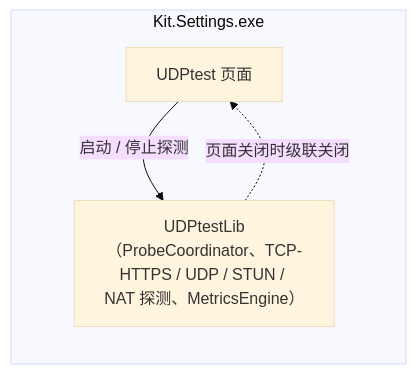
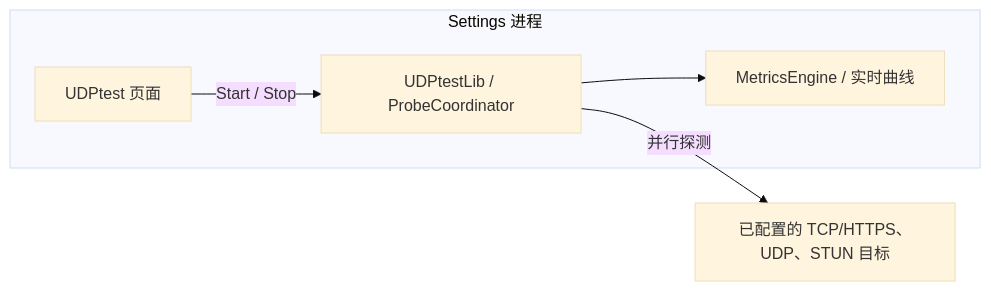
Before and after one commit to guijianchou/Kit: the fifth of 7 diagrams in README_zh.md, drawn with Mermaid (base theme). The commit also changed other lines of this file and 3 other files, not shown here.

````diff
--- a/README_zh.md
+++ b/README_zh.md
@@ -179,9 +149,8 @@
 ```mermaid
 flowchart LR
-    subgraph S["Kit.Settings.exe"]
-        PG["UDPtest 页面"]
-        ENG["UDPtestLib（ProbeCoordinator、TCP-HTTPS / UDP / STUN / NAT 探测、MetricsEngine）"]
+    subgraph S["Settings 进程"]
+        PG["UDPtest 页面"] -->|"Start / Stop"| ENG["UDPtestLib / ProbeCoordinator"]
+        ENG --> METRICS["MetricsEngine / 实时曲线"]
     end
-    PG -->|"启动 / 停止探测"| ENG
-    ENG -.->|"页面关闭时级联关闭"| PG
+    ENG -->|"并行探测"| TARGET["已配置的 TCP/HTTPS、UDP、STUN 目标"]
 ```
````
